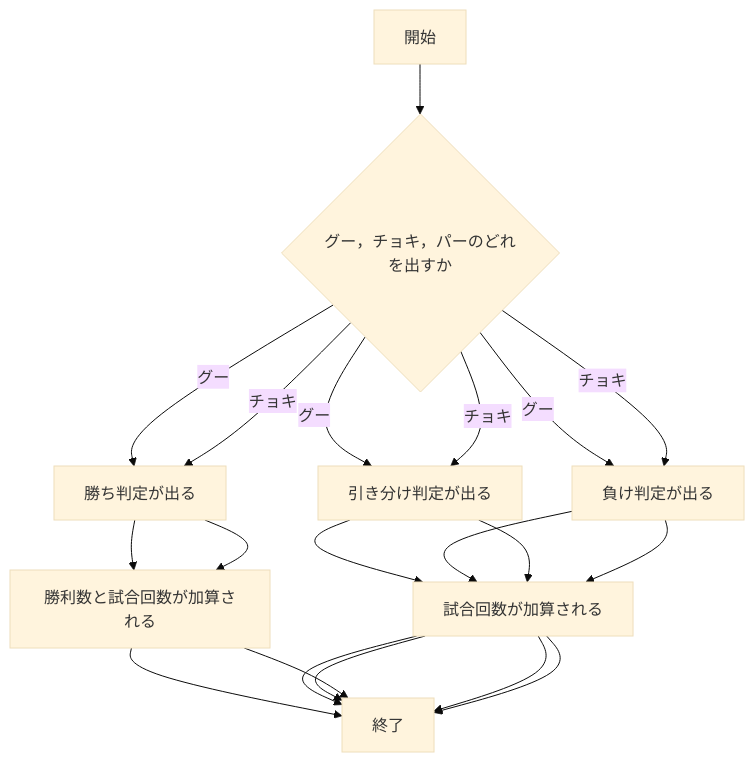
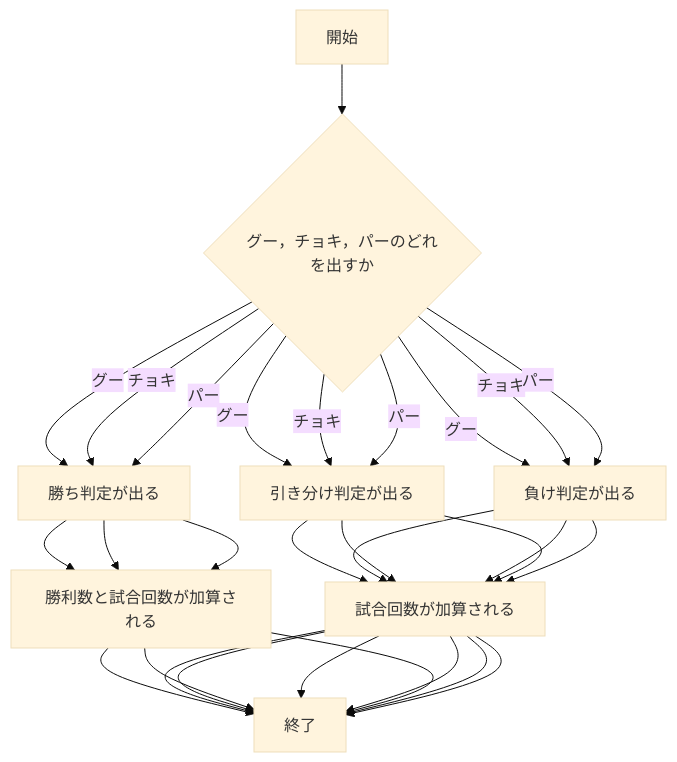
The seventh of 7 diagrams in README.md (km919/webpro_06), drawn with Mermaid (base theme) before and after one commit.

Commit message:
11/18の03:12に編集済

````diff
--- a/README.md
+++ b/README.md
@@ -266,20 +266,27 @@
 ```mermaid
 flowchart TD;
 start["開始"];
 end1["終了"]
 if{"グー，チョキ，パーのどれを出すか"}
 start --> if
 if --> |グー|　勝ち判定が出る
 勝ち判定が出る --> 勝利数と試合回数が加算される --> end1
 if --> |グー| 引き分け判定が出る
 引き分け判定が出る　--> 試合回数が加算される --> end1
 if --> |グー| 負け判定が出る
 負け判定が出る --> 試合回数が加算される --> end1
 
 if --> |チョキ|　勝ち判定が出る
 勝ち判定が出る --> 勝利数と試合回数が加算される --> end1
 if --> |チョキ| 引き分け判定が出る
 引き分け判定が出る　--> 試合回数が加算される --> end1
 if --> |チョキ| 負け判定が出る
 負け判定が出る --> 試合回数が加算される --> end1
+
+if --> |パー|　勝ち判定が出る
+勝ち判定が出る --> 勝利数と試合回数が加算される --> end1
+if --> |パー| 引き分け判定が出る
+引き分け判定が出る　--> 試合回数が加算される --> end1
+if --> |パー| 負け判定が出る
+負け判定が出る --> 試合回数が加算される --> end1
 ```
````
